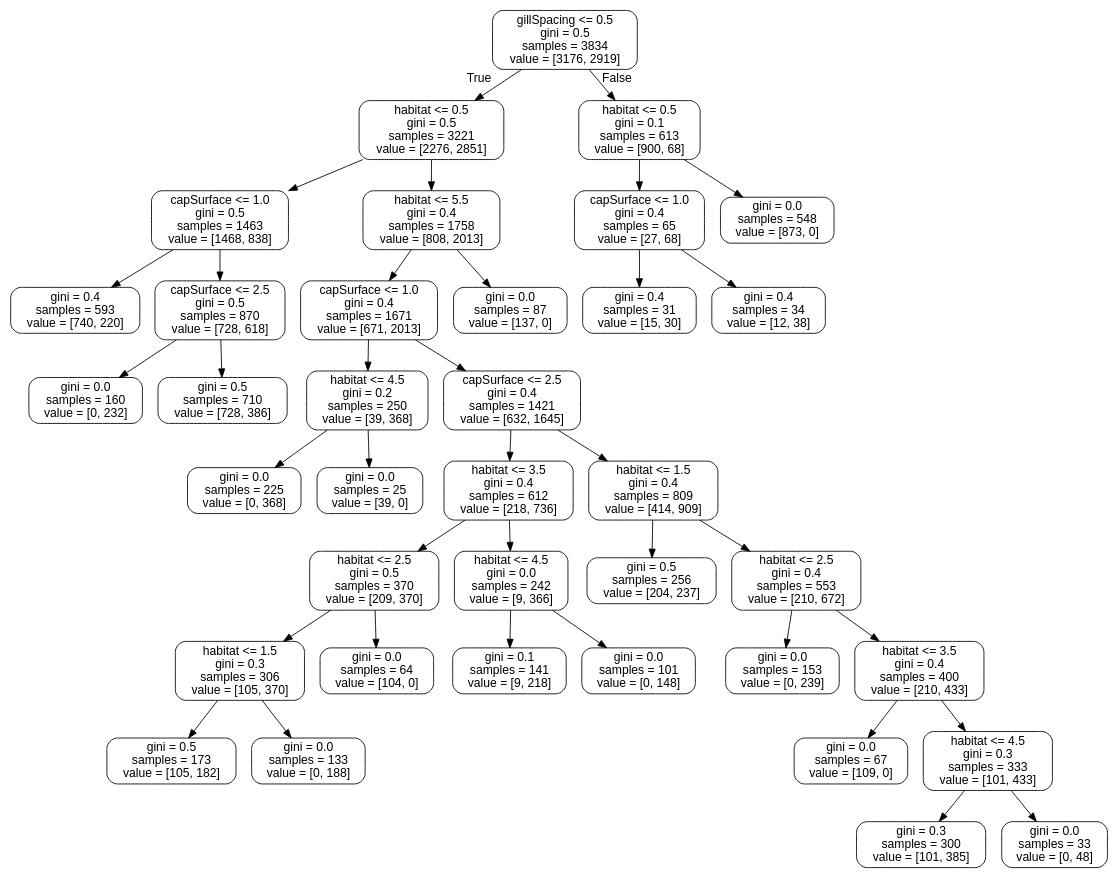
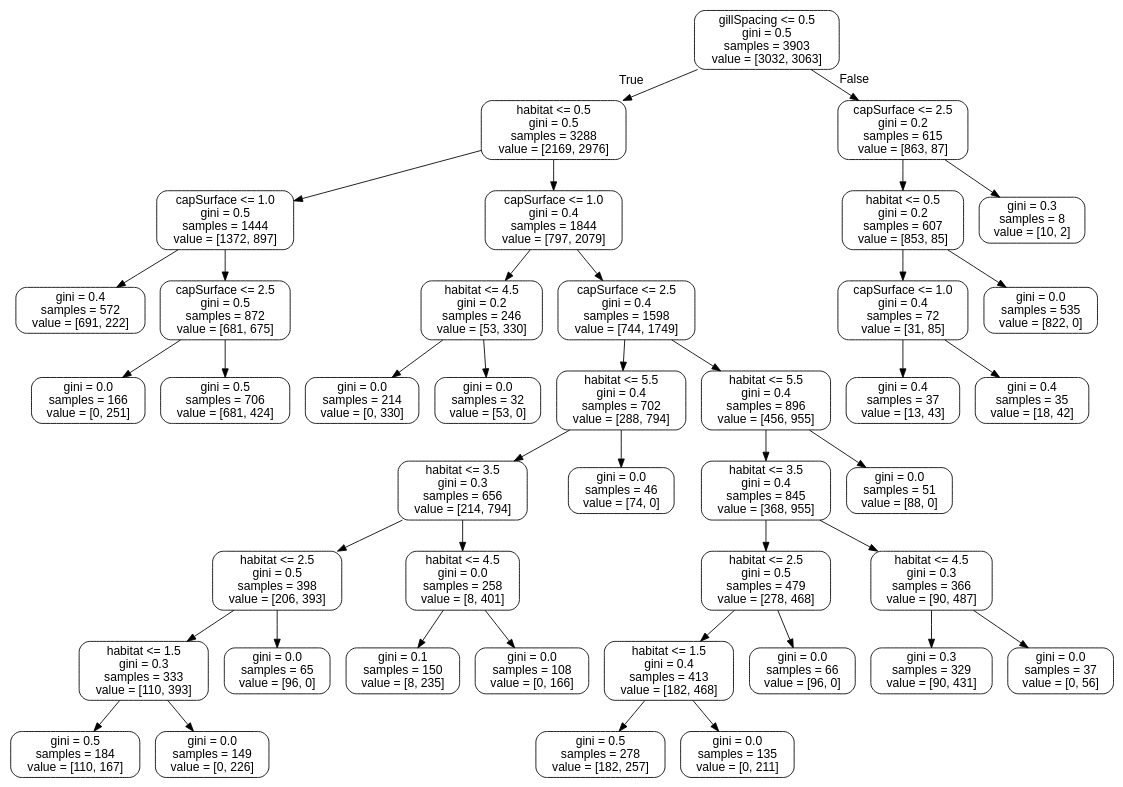
Before and after one commit to williamhenderson02/ML-Coursework-2022: the diagram in tree.dot, drawn with Graphviz. The commit also changed 4 other files, not shown here.

```diff
--- a/tree.dot
+++ b/tree.dot
@@ -1,77 +1,85 @@
 digraph Tree {
 node [shape=box, style="rounded", color="black", fontname="helvetica"] ;
 edge [fontname="helvetica"] ;
-0 [label="gillSpacing <= 0.5\ngini = 0.5\nsamples = 3834\nvalue = [3176, 2919]"] ;
-1 [label="habitat <= 0.5\ngini = 0.5\nsamples = 3221\nvalue = [2276, 2851]"] ;
+0 [label="gillSpacing <= 0.5\ngini = 0.5\nsamples = 3903\nvalue = [3032, 3063]"] ;
+1 [label="habitat <= 0.5\ngini = 0.5\nsamples = 3288\nvalue = [2169, 2976]"] ;
 0 -> 1 [labeldistance=2.5, labelangle=45, headlabel="True"] ;
-2 [label="capSurface <= 1.0\ngini = 0.5\nsamples = 1463\nvalue = [1468, 838]"] ;
+2 [label="capSurface <= 1.0\ngini = 0.5\nsamples = 1444\nvalue = [1372, 897]"] ;
 1 -> 2 ;
-3 [label="gini = 0.4\nsamples = 593\nvalue = [740, 220]"] ;
+3 [label="gini = 0.4\nsamples = 572\nvalue = [691, 222]"] ;
 2 -> 3 ;
-4 [label="capSurface <= 2.5\ngini = 0.5\nsamples = 870\nvalue = [728, 618]"] ;
+4 [label="capSurface <= 2.5\ngini = 0.5\nsamples = 872\nvalue = [681, 675]"] ;
 2 -> 4 ;
-5 [label="gini = 0.0\nsamples = 160\nvalue = [0, 232]"] ;
+5 [label="gini = 0.0\nsamples = 166\nvalue = [0, 251]"] ;
 4 -> 5 ;
-6 [label="gini = 0.5\nsamples = 710\nvalue = [728, 386]"] ;
+6 [label="gini = 0.5\nsamples = 706\nvalue = [681, 424]"] ;
 4 -> 6 ;
-7 [label="habitat <= 5.5\ngini = 0.4\nsamples = 1758\nvalue = [808, 2013]"] ;
+7 [label="capSurface <= 1.0\ngini = 0.4\nsamples = 1844\nvalue = [797, 2079]"] ;
 1 -> 7 ;
-8 [label="capSurface <= 1.0\ngini = 0.4\nsamples = 1671\nvalue = [671, 2013]"] ;
+8 [label="habitat <= 4.5\ngini = 0.2\nsamples = 246\nvalue = [53, 330]"] ;
 7 -> 8 ;
-9 [label="habitat <= 4.5\ngini = 0.2\nsamples = 250\nvalue = [39, 368]"] ;
+9 [label="gini = 0.0\nsamples = 214\nvalue = [0, 330]"] ;
 8 -> 9 ;
-10 [label="gini = 0.0\nsamples = 225\nvalue = [0, 368]"] ;
-9 -> 10 ;
-11 [label="gini = 0.0\nsamples = 25\nvalue = [39, 0]"] ;
-9 -> 11 ;
-12 [label="capSurface <= 2.5\ngini = 0.4\nsamples = 1421\nvalue = [632, 1645]"] ;
-8 -> 12 ;
-13 [label="habitat <= 3.5\ngini = 0.4\nsamples = 612\nvalue = [218, 736]"] ;
+10 [label="gini = 0.0\nsamples = 32\nvalue = [53, 0]"] ;
+8 -> 10 ;
+11 [label="capSurface <= 2.5\ngini = 0.4\nsamples = 1598\nvalue = [744, 1749]"] ;
+7 -> 11 ;
+12 [label="habitat <= 5.5\ngini = 0.4\nsamples = 702\nvalue = [288, 794]"] ;
+11 -> 12 ;
+13 [label="habitat <= 3.5\ngini = 0.3\nsamples = 656\nvalue = [214, 794]"] ;
 12 -> 13 ;
-14 [label="habitat <= 2.5\ngini = 0.5\nsamples = 370\nvalue = [209, 370]"] ;
+14 [label="habitat <= 2.5\ngini = 0.5\nsamples = 398\nvalue = [206, 393]"] ;
 13 -> 14 ;
-15 [label="habitat <= 1.5\ngini = 0.3\nsamples = 306\nvalue = [105, 370]"] ;
+15 [label="habitat <= 1.5\ngini = 0.3\nsamples = 333\nvalue = [110, 393]"] ;
 14 -> 15 ;
-16 [label="gini = 0.5\nsamples = 173\nvalue = [105, 182]"] ;
+16 [label="gini = 0.5\nsamples = 184\nvalue = [110, 167]"] ;
 15 -> 16 ;
-17 [label="gini = 0.0\nsamples = 133\nvalue = [0, 188]"] ;
+17 [label="gini = 0.0\nsamples = 149\nvalue = [0, 226]"] ;
 15 -> 17 ;
-18 [label="gini = 0.0\nsamples = 64\nvalue = [104, 0]"] ;
+18 [label="gini = 0.0\nsamples = 65\nvalue = [96, 0]"] ;
 14 -> 18 ;
-19 [label="habitat <= 4.5\ngini = 0.0\nsamples = 242\nvalue = [9, 366]"] ;
+19 [label="habitat <= 4.5\ngini = 0.0\nsamples = 258\nvalue = [8, 401]"] ;
 13 -> 19 ;
-20 [label="gini = 0.1\nsamples = 141\nvalue = [9, 218]"] ;
+20 [label="gini = 0.1\nsamples = 150\nvalue = [8, 235]"] ;
 19 -> 20 ;
-21 [label="gini = 0.0\nsamples = 101\nvalue = [0, 148]"] ;
+21 [label="gini = 0.0\nsamples = 108\nvalue = [0, 166]"] ;
 19 -> 21 ;
-22 [label="habitat <= 1.5\ngini = 0.4\nsamples = 809\nvalue = [414, 909]"] ;
+22 [label="gini = 0.0\nsamples = 46\nvalue = [74, 0]"] ;
 12 -> 22 ;
-23 [label="gini = 0.5\nsamples = 256\nvalue = [204, 237]"] ;
-22 -> 23 ;
-24 [label="habitat <= 2.5\ngini = 0.4\nsamples = 553\nvalue = [210, 672]"] ;
-22 -> 24 ;
-25 [label="gini = 0.0\nsamples = 153\nvalue = [0, 239]"] ;
+23 [label="habitat <= 5.5\ngini = 0.4\nsamples = 896\nvalue = [456, 955]"] ;
+11 -> 23 ;
+24 [label="habitat <= 3.5\ngini = 0.4\nsamples = 845\nvalue = [368, 955]"] ;
+23 -> 24 ;
+25 [label="habitat <= 2.5\ngini = 0.5\nsamples = 479\nvalue = [278, 468]"] ;
 24 -> 25 ;
-26 [label="habitat <= 3.5\ngini = 0.4\nsamples = 400\nvalue = [210, 433]"] ;
-24 -> 26 ;
-27 [label="gini = 0.0\nsamples = 67\nvalue = [109, 0]"] ;
+26 [label="habitat <= 1.5\ngini = 0.4\nsamples = 413\nvalue = [182, 468]"] ;
+25 -> 26 ;
+27 [label="gini = 0.5\nsamples = 278\nvalue = [182, 257]"] ;
 26 -> 27 ;
-28 [label="habitat <= 4.5\ngini = 0.3\nsamples = 333\nvalue = [101, 433]"] ;
+28 [label="gini = 0.0\nsamples = 135\nvalue = [0, 211]"] ;
 26 -> 28 ;
-29 [label="gini = 0.3\nsamples = 300\nvalue = [101, 385]"] ;
-28 -> 29 ;
-30 [label="gini = 0.0\nsamples = 33\nvalue = [0, 48]"] ;
-28 -> 30 ;
-31 [label="gini = 0.0\nsamples = 87\nvalue = [137, 0]"] ;
-7 -> 31 ;
-32 [label="habitat <= 0.5\ngini = 0.1\nsamples = 613\nvalue = [900, 68]"] ;
-0 -> 32 [labeldistance=2.5, labelangle=-45, headlabel="False"] ;
-33 [label="capSurface <= 1.0\ngini = 0.4\nsamples = 65\nvalue = [27, 68]"] ;
-32 -> 33 ;
-34 [label="gini = 0.4\nsamples = 31\nvalue = [15, 30]"] ;
-33 -> 34 ;
-35 [label="gini = 0.4\nsamples = 34\nvalue = [12, 38]"] ;
-33 -> 35 ;
-36 [label="gini = 0.0\nsamples = 548\nvalue = [873, 0]"] ;
-32 -> 36 ;
+29 [label="gini = 0.0\nsamples = 66\nvalue = [96, 0]"] ;
+25 -> 29 ;
+30 [label="habitat <= 4.5\ngini = 0.3\nsamples = 366\nvalue = [90, 487]"] ;
+24 -> 30 ;
+31 [label="gini = 0.3\nsamples = 329\nvalue = [90, 431]"] ;
+30 -> 31 ;
+32 [label="gini = 0.0\nsamples = 37\nvalue = [0, 56]"] ;
+30 -> 32 ;
+33 [label="gini = 0.0\nsamples = 51\nvalue = [88, 0]"] ;
+23 -> 33 ;
+34 [label="capSurface <= 2.5\ngini = 0.2\nsamples = 615\nvalue = [863, 87]"] ;
+0 -> 34 [labeldistance=2.5, labelangle=-45, headlabel="False"] ;
+35 [label="habitat <= 0.5\ngini = 0.2\nsamples = 607\nvalue = [853, 85]"] ;
+34 -> 35 ;
+36 [label="capSurface <= 1.0\ngini = 0.4\nsamples = 72\nvalue = [31, 85]"] ;
+35 -> 36 ;
+37 [label="gini = 0.4\nsamples = 37\nvalue = [13, 43]"] ;
+36 -> 37 ;
+38 [label="gini = 0.4\nsamples = 35\nvalue = [18, 42]"] ;
+36 -> 38 ;
+39 [label="gini = 0.0\nsamples = 535\nvalue = [822, 0]"] ;
+35 -> 39 ;
+40 [label="gini = 0.3\nsamples = 8\nvalue = [10, 2]"] ;
+34 -> 40 ;
 }
```
